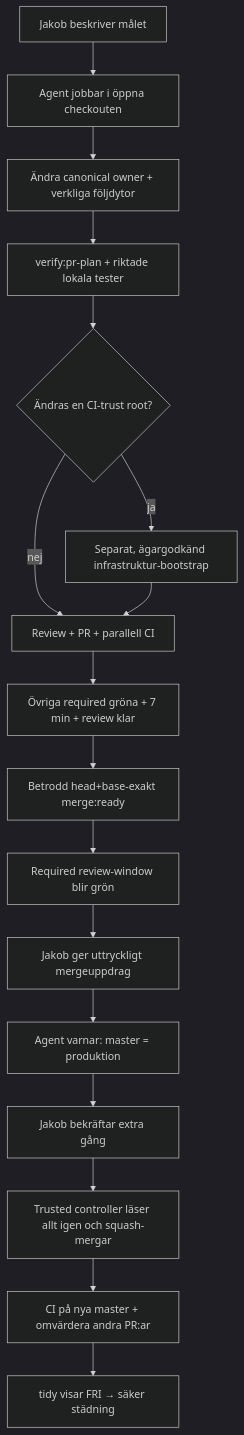
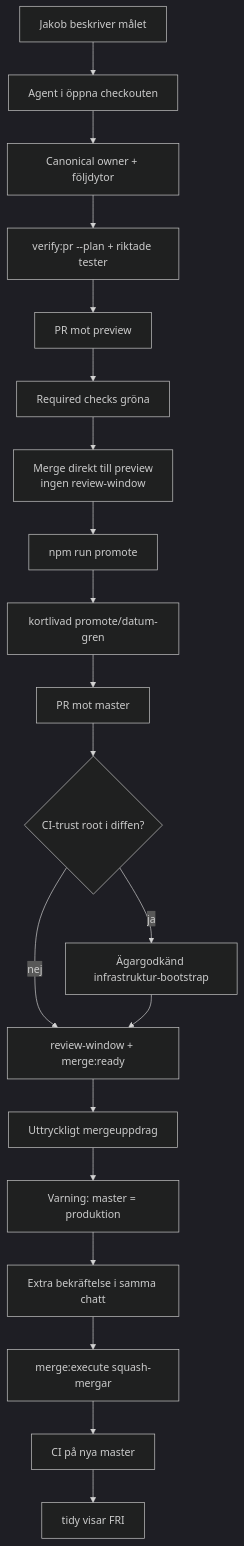
The diagram in docs/runbooks/agent-workflow.md (Jakeminator123/sajtmaskin), drawn with Mermaid (dark theme) before and after one commit. The commit also changed other lines of this file and 5 other files, not shown here.

First line of the commit message:
docs: beskriv tvåstegsflödet preview → promote → master, logga tre beslut

````diff
--- a/docs/runbooks/agent-workflow.md
+++ b/docs/runbooks/agent-workflow.md
@@ -7,19 +15,22 @@
 ```mermaid
 flowchart TD
-  U["Jakob beskriver målet"] --> A["Agent jobbar i öppna checkouten"]
-  A --> B["Ändra canonical owner + verkliga följdytor"]
-  B --> C["verify:pr-plan + riktade lokala tester"]
-  C --> W{"Ändras en CI-trust root?"}
-  W -- "nej" --> D["Review + PR + parallell CI"]
-  W -- "ja" --> X["Separat, ägargodkänd infrastruktur-bootstrap"]
+  U["Jakob beskriver målet"] --> A["Agent i öppna checkouten"]
+  A --> B["Canonical owner + följdytor"]
+  B --> C["verify:pr --plan + riktade tester"]
+  C --> P["PR mot preview"]
+  P --> Q["Required checks gröna"]
+  Q --> M["Merge direkt till preview<br/>ingen review-window"]
+  M --> R["npm run promote"]
+  R --> S["kortlivad promote/datum-gren"]
+  S --> T["PR mot master"]
+  T --> W{"CI-trust root i diffen?"}
+  W -- "ja" --> X["Ägargodkänd infrastruktur-bootstrap"]
+  W -- "nej" --> D["review-window + merge:ready"]
   X --> D
-  D --> E["Övriga required gröna + 7 min + review klar"]
-  E --> F["Betrodd head+base-exakt merge:ready"]
-  F --> G["Required review-window blir grön"]
-  G --> H["Jakob ger uttryckligt mergeuppdrag"]
-  H --> H2["Agent varnar: master = produktion"]
-  H2 --> H3["Jakob bekräftar extra gång"]
-  H3 --> I["Trusted controller läser allt igen och squash-mergar"]
-  I --> K["CI på nya master + omvärdera andra PR:ar"]
-  K --> J["tidy visar FRI → säker städning"]
+  D --> H["Uttryckligt mergeuppdrag"]
+  H --> H2["Varning: master = produktion"]
+  H2 --> H3["Extra bekräftelse i samma chatt"]
+  H3 --> I["merge:execute squash-mergar"]
+  I --> K["CI på nya master"]
+  K --> J["tidy visar FRI"]
 ```
````
